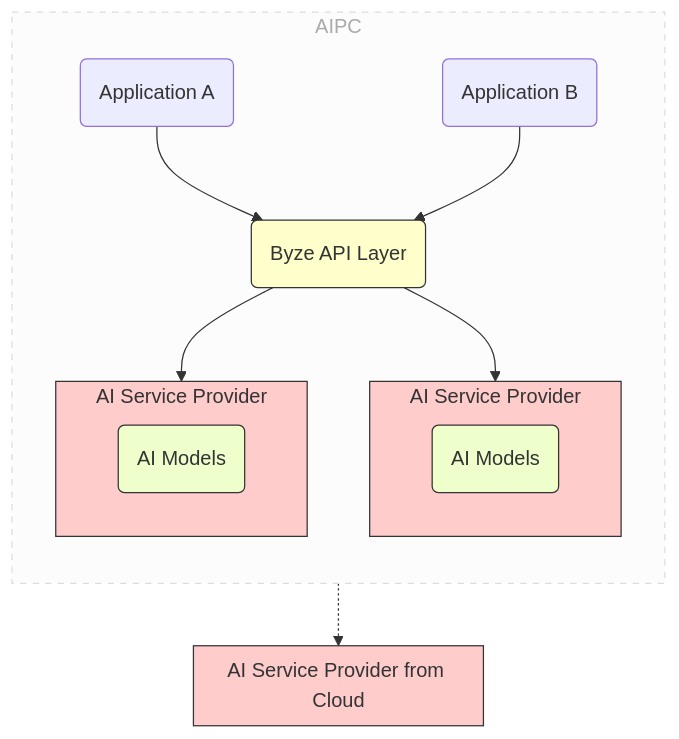
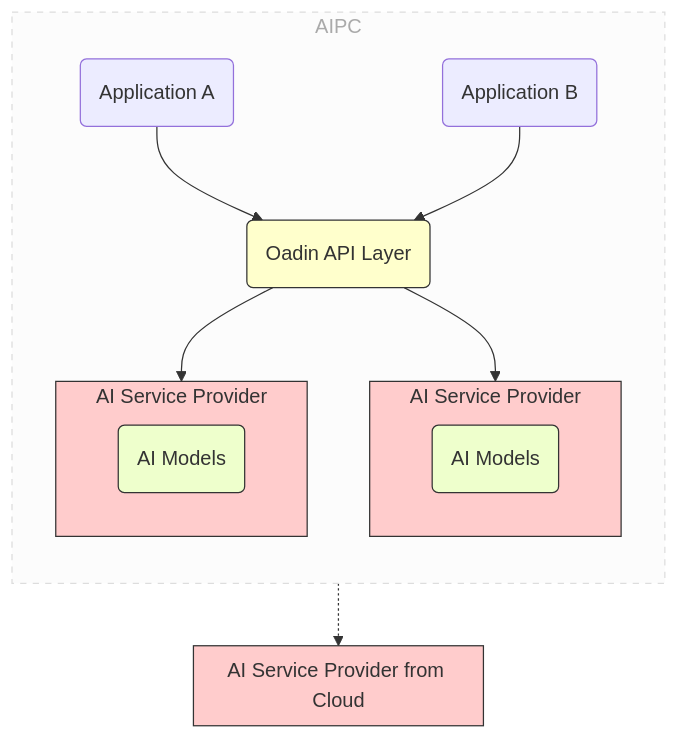
Before and after one commit to DigitalChinaOpenSource/oadin: the diagram in README.md, drawn with Mermaid. The commit also changed other lines of this file and 142 other files, not shown here.

````diff
--- a/README.md
+++ b/README.md
@@ -16,36 +16,36 @@
 ```mermaid
 graph TB
   classDef pc_style color:#aaa, fill:#fcfcfc, stroke:#ddd, stroke-dasharray: 5 5
   classDef service_style fill:#fcc,stroke:#333
-  classDef byze_style fill:#ffc,stroke:#333
+  classDef oadin_style fill:#ffc,stroke:#333
   classDef model_style fill:#efc,stroke:#333
 
-  byze(Byze API Layer):::byze_style
+  oadin(Oadin API Layer):::oadin_style
   ai_x:::service_style
   ai_y:::service_style
   ai_m:::service_style
   model_x:::model_style
   model_y:::model_style
   pc:::pc_style
 
-  byze -.-> ai_m
+  oadin -.-> ai_m
 
   subgraph ai_m [AI Service Provider from Cloud]
   end
 
   subgraph pc[AIPC]
     direction TB
-    a(Application A) --> byze
-    b(Application B) --> byze
-    byze --> ai_x
-    byze --> ai_y
+    a(Application A) --> oadin
+    b(Application B) --> oadin
+    oadin --> ai_x
+    oadin --> ai_y
     subgraph ai_x [AI Service Provider]
       model_x(AI Models):::model_style
     end
     subgraph ai_y [AI Service Provider]
       model_y(AI Models):::model_style
     end
   end
 
 
 ```
````
